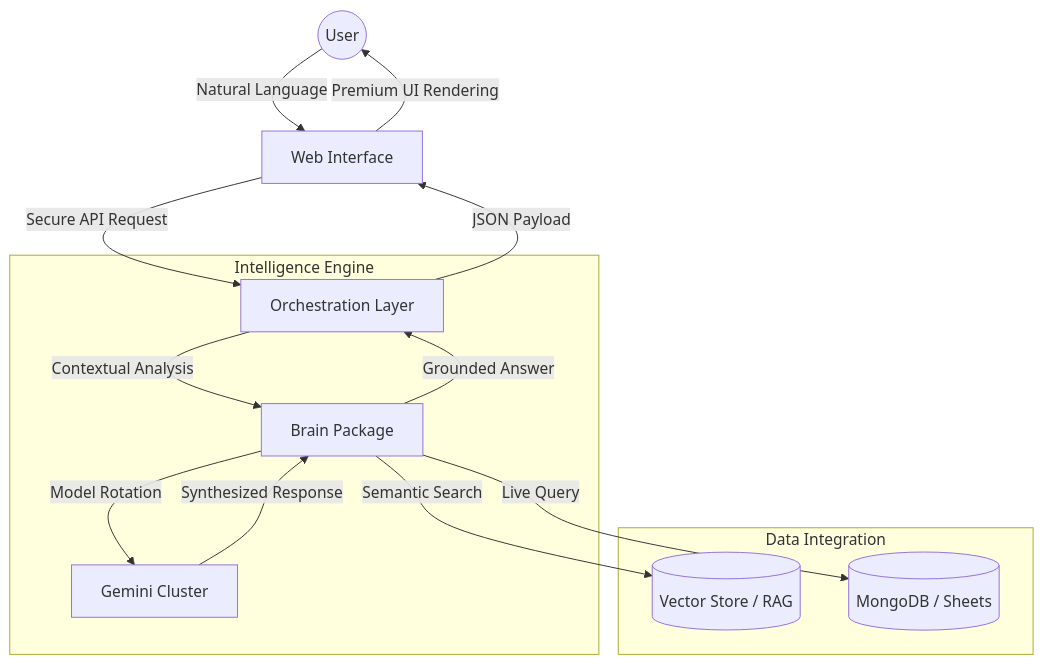
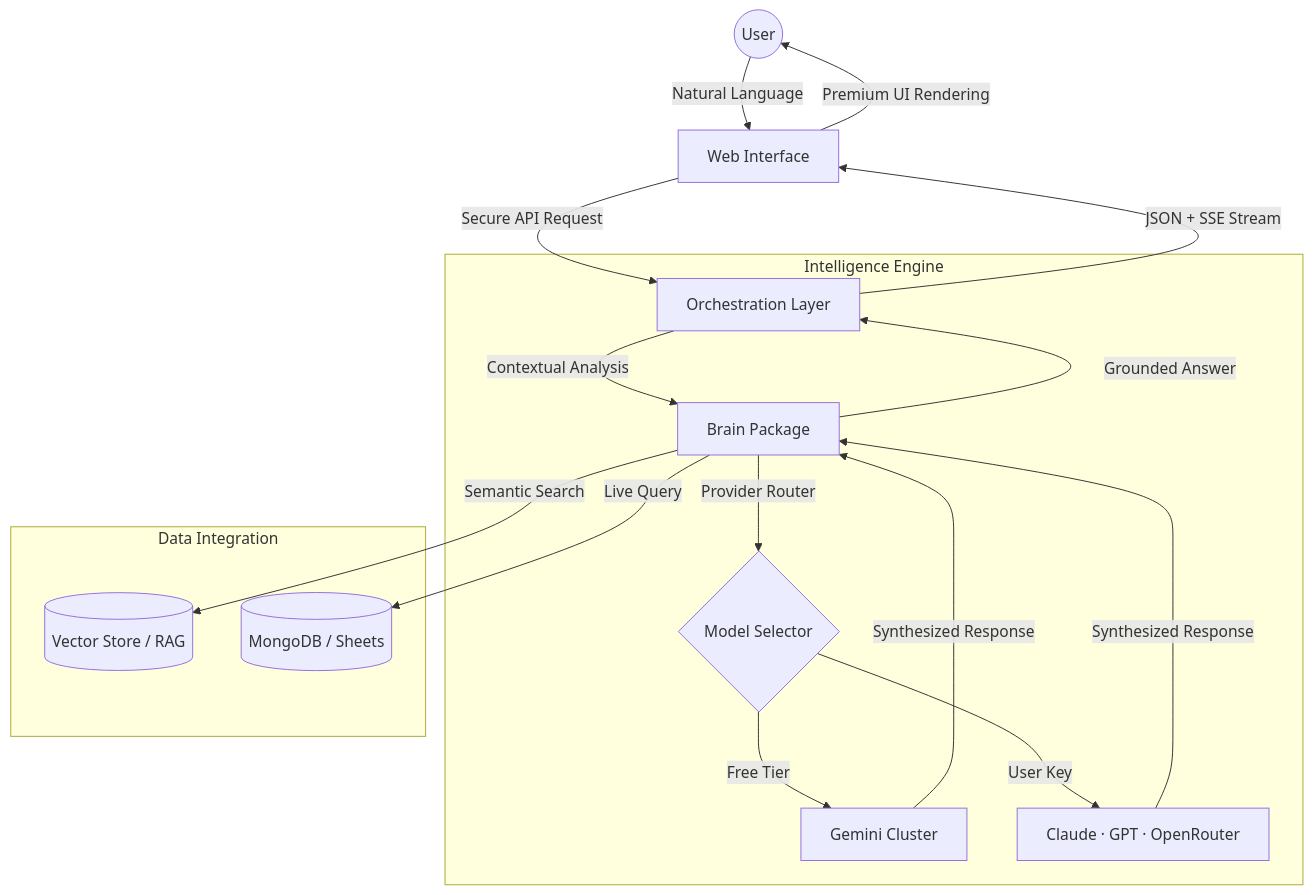
Before and after one commit to AbhigyanRaj/wup: the diagram in README.md, drawn with Mermaid. The commit also changed other lines of this file and 5 other files, not shown here.

````diff
--- a/README.md
+++ b/README.md
@@ -22,20 +22,23 @@
 ```mermaid
 graph TD
     User((User)) -->|Natural Language| Web[Web Interface]
     Web -->|Secure API Request| API[Orchestration Layer]
-    
+
     subgraph "Intelligence Engine"
     API -->|Contextual Analysis| Brain[Brain Package]
-    Brain -->|Model Rotation| LLM[Gemini Cluster]
+    Brain -->|Provider Router| LLM{Model Selector}
+    LLM -->|Free Tier| Gemini[Gemini Cluster]
+    LLM -->|User Key| Custom[Claude · GPT · OpenRouter]
     end
-    
+
     subgraph "Data Integration"
     Brain -->|Semantic Search| RAG[(Vector Store / RAG)]
     Brain -->|Live Query| DB[(MongoDB / Sheets)]
     end
-    
-    LLM -->|Synthesized Response| Brain
+
+    Gemini -->|Synthesized Response| Brain
+    Custom -->|Synthesized Response| Brain
     Brain -->|Grounded Answer| API
-    API -->|JSON Payload| Web
+    API -->|JSON + SSE Stream| Web
     Web -->|Premium UI Rendering| User
 ```
````
